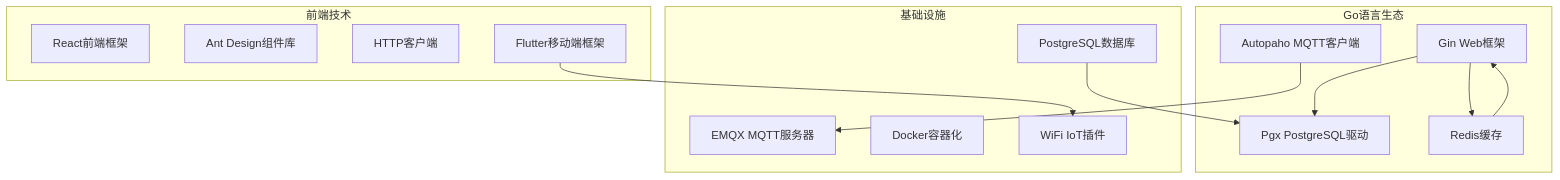
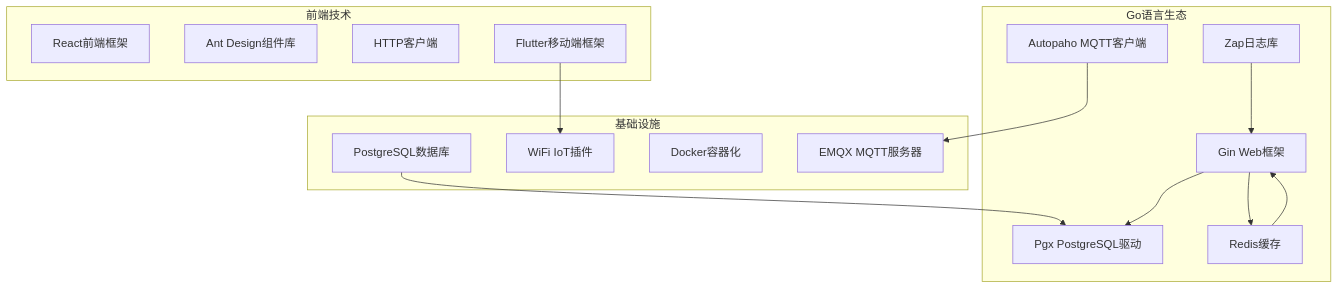
Before and after one commit to mcmrzy/cs_inv_monitor-develop: diagram 13 of 14 in .qoder/repowiki/zh/content/OTA升级系统/OTA升级系统.md, drawn with Mermaid. The commit also changed other lines of this file and 28 other files, not shown here.

````diff
--- a/.qoder/repowiki/zh/content/OTA升级系统/OTA升级系统.md
+++ b/.qoder/repowiki/zh/content/OTA升级系统/OTA升级系统.md
@@ -690,28 +833,30 @@
 ```mermaid
 graph TB
 subgraph "Go语言生态"
 Gin[Gin Web框架]
 Pgx[Pgx PostgreSQL驱动]
 Redis[Redis Go客户端]
 Autopaho[Autopaho MQTT客户端]
+Zap[Zap日志库]
 end
 subgraph "前端技术"
 React[React前端框架]
 AntD[Ant Design组件库]
 Axios[HTTP客户端]
 Flutter[Flutter移动端框架]
 end
 subgraph "基础设施"
 PostgreSQL[PostgreSQL数据库]
 Redis[Redis缓存]
 MQTT[EMQX MQTT服务器]
 Docker[Docker容器化]
 WiFiIOT[WiFi IoT插件]
 end
 Gin --> Pgx
 Gin --> Redis
 Autopaho --> MQTT
 PostgreSQL --> Pgx
 Redis --> Gin
 Flutter --> WiFiIOT
+Zap --> Gin
 ```
````
